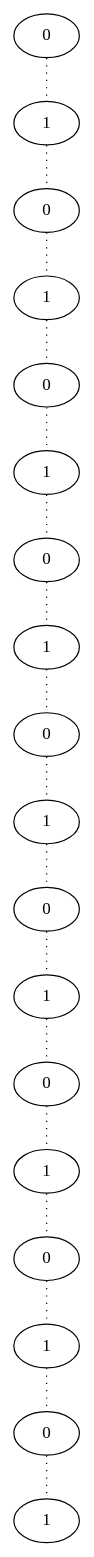
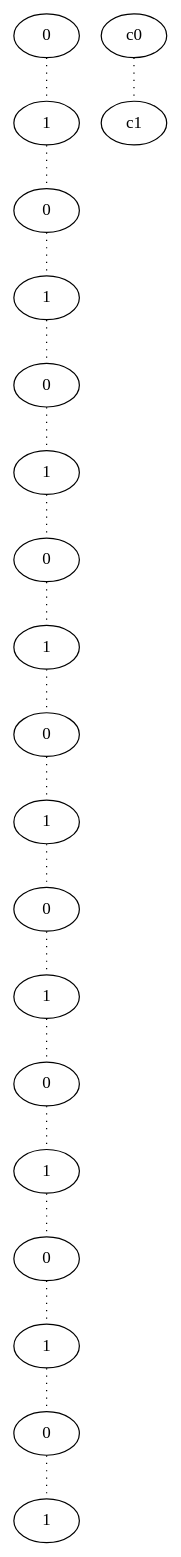
One commit to d1laj/Stage-M2 changed the diagram in TestPathsfactorised/result/dot/path_18_2_tc.dot. Above: the diagram before and after it, drawn with Graphviz. The commit also changed 7499 other files, not shown here.

```diff
--- a/TestPathsfactorised/result/dot/path_18_2_tc.dot
+++ b/TestPathsfactorised/result/dot/path_18_2_tc.dot
@@ -1,37 +1,38 @@
 graph {
 a0[label=0];
 a1[label=1];
 a2[label=0];
 a3[label=1];
 a4[label=0];
 a5[label=1];
 a6[label=0];
 a7[label=1];
 a8[label=0];
 a9[label=1];
 a10[label=0];
 a11[label=1];
 a12[label=0];
 a13[label=1];
 a14[label=0];
 a15[label=1];
 a16[label=0];
 a17[label=1];
 a0 -- a1 [style=dotted];
 a1 -- a2 [style=dotted];
 a2 -- a3 [style=dotted];
 a3 -- a4 [style=dotted];
 a4 -- a5 [style=dotted];
 a5 -- a6 [style=dotted];
 a6 -- a7 [style=dotted];
 a7 -- a8 [style=dotted];
 a8 -- a9 [style=dotted];
 a9 -- a10 [style=dotted];
 a10 -- a11 [style=dotted];
 a11 -- a12 [style=dotted];
 a12 -- a13 [style=dotted];
 a13 -- a14 [style=dotted];
 a14 -- a15 [style=dotted];
 a15 -- a16 [style=dotted];
 a16 -- a17 [style=dotted];
+c0 -- c1 [style=dotted];
 }
```
